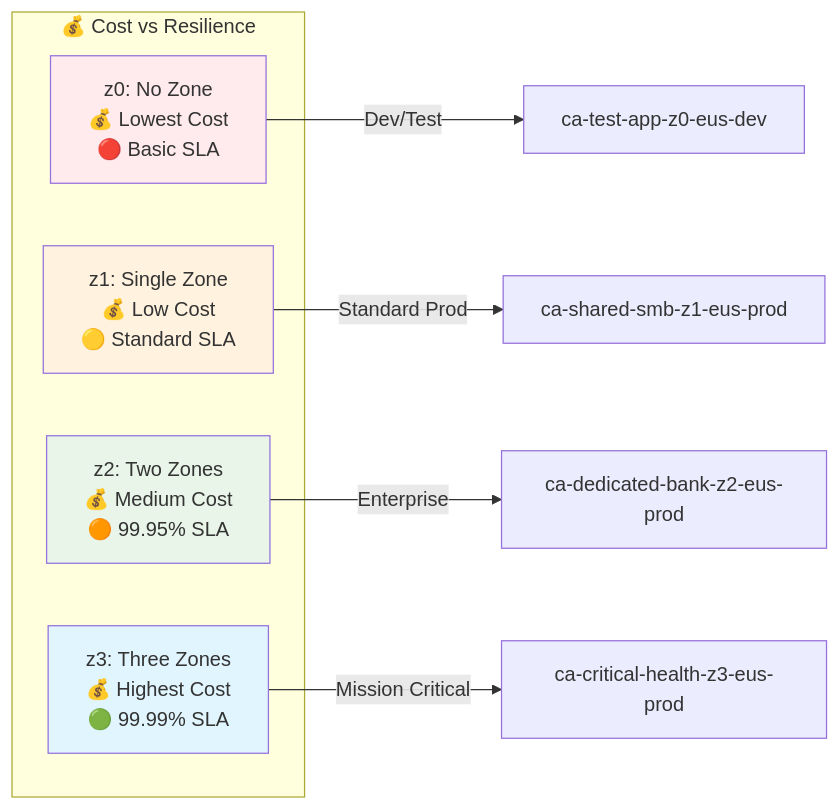
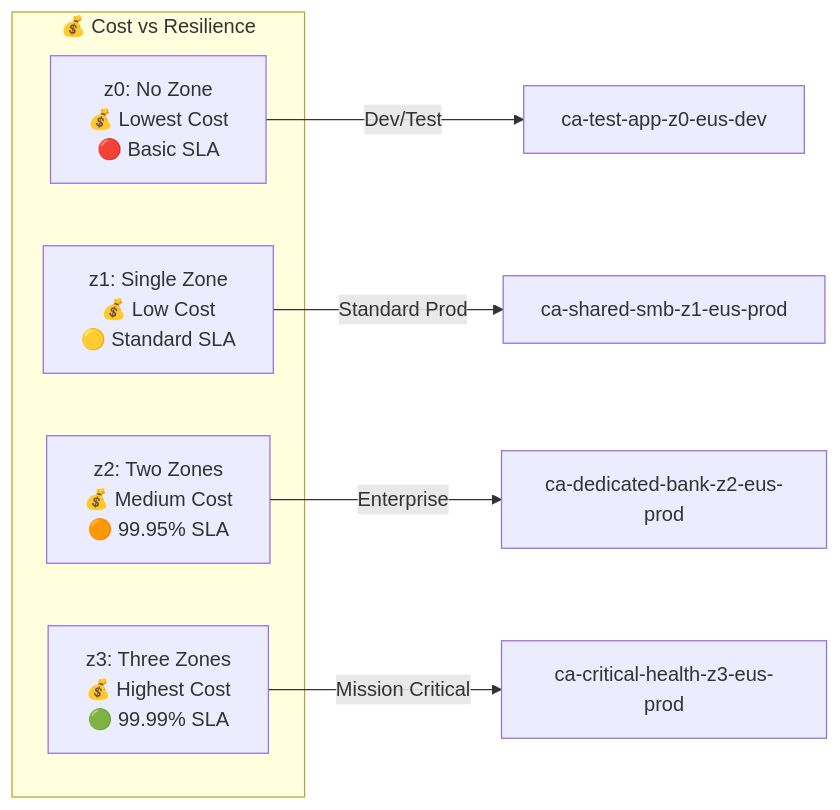
Before and after one commit to srnichols/StampsPattern: the second of 2 diagrams in docs/NAMING_CONVENTIONS_GUIDE.md, drawn with Mermaid. The commit also changed other lines of this file and 10 other files, not shown here.

Commit message:
docs: add Mermaid theme sample with per-diagram init (neutral/dark)

````diff
--- a/docs/NAMING_CONVENTIONS_GUIDE.md
+++ b/docs/NAMING_CONVENTIONS_GUIDE.md
@@ -93,19 +89,15 @@
 ```mermaid
 graph LR
 	subgraph "💰 Cost vs Resilience"
 		A[z0: No Zone<br/>💰 Lowest Cost<br/>🔴 Basic SLA]
 		B[z1: Single Zone<br/>💰 Low Cost<br/>🟡 Standard SLA]
 		C[z2: Two Zones<br/>💰 Medium Cost<br/>🟠 99.95% SLA]
 		D[z3: Three Zones<br/>💰 Highest Cost<br/>🟢 99.99% SLA]
 	end
     
 	A -->|Dev/Test| E[ca-test-app-z0-eus-dev]
 	B -->|Standard Prod| F[ca-shared-smb-z1-eus-prod]
 	C -->|Enterprise| G[ca-dedicated-bank-z2-eus-prod]
 	D -->|Mission Critical| H[ca-critical-health-z3-eus-prod]
-    
-	style A fill:#ffebee
-	style B fill:#fff3e0
-	style C fill:#e8f5e8
-	style D fill:#e1f5fe
+
 ```
````
